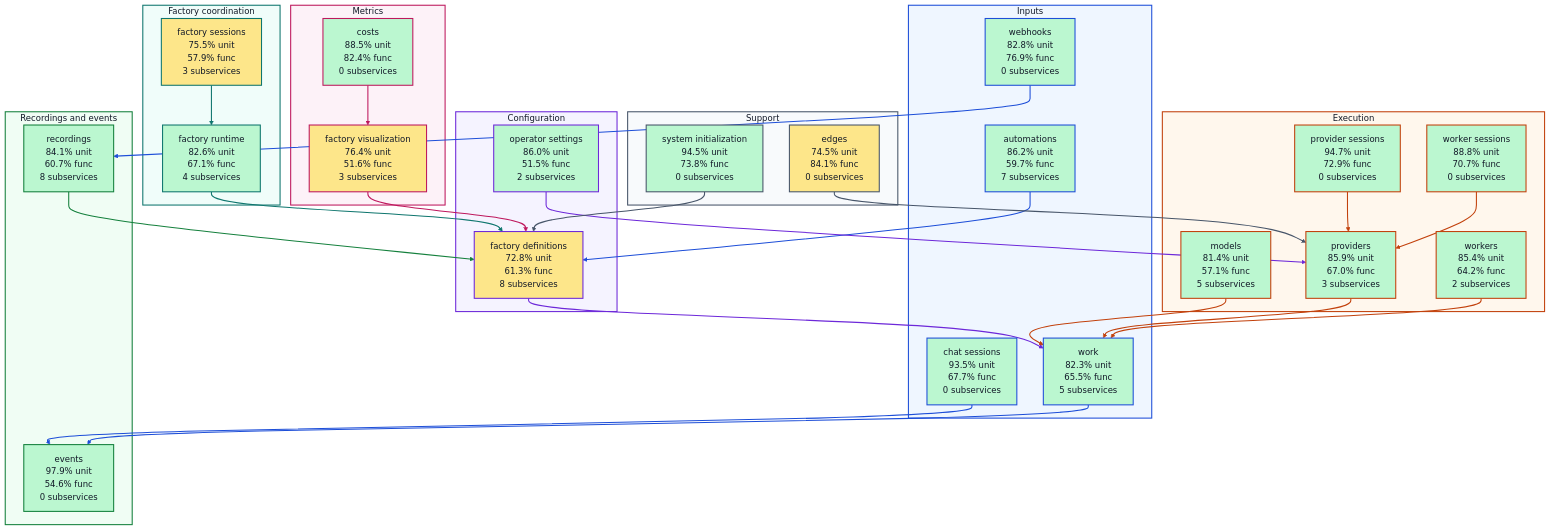
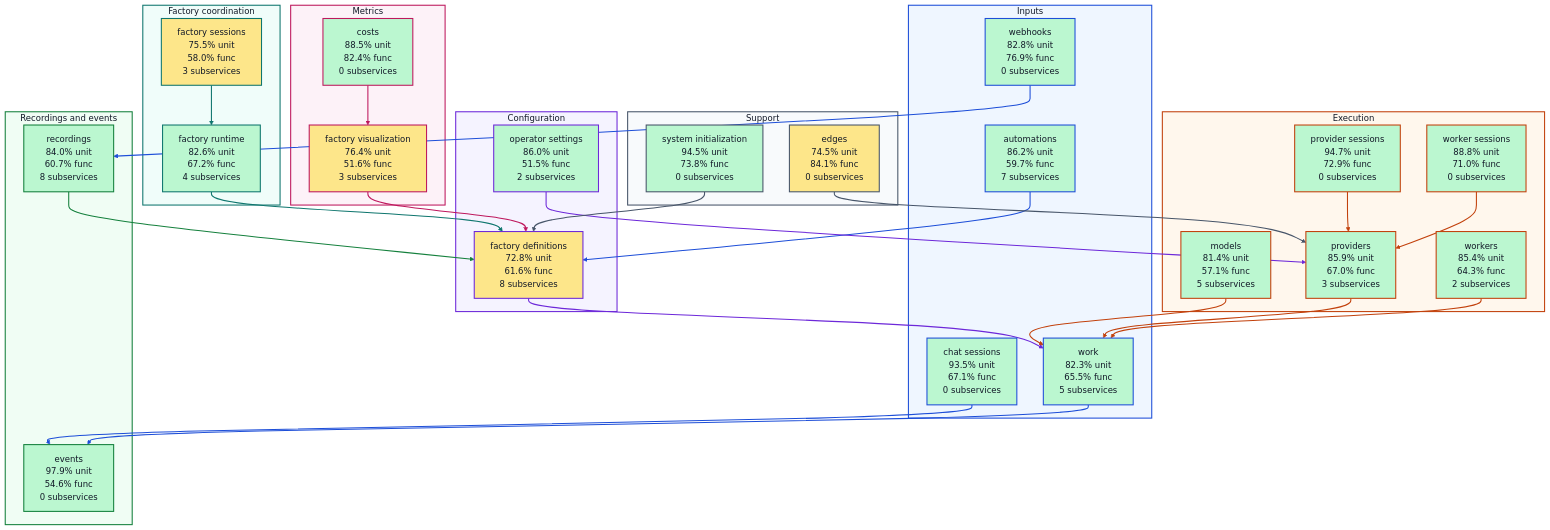
The diagram in docs/architecture/visualizations/high-level-test-coverage.md (portpowered/you-agent-factory), drawn with Mermaid before and after one commit. The commit also changed other lines of this file and 20 other files, not shown here.

Commit message:
docs: refresh backend architecture visualizations

```diff
--- a/docs/architecture/visualizations/high-level-test-coverage.md
+++ b/docs/architecture/visualizations/high-level-test-coverage.md
@@ -12,28 +12,28 @@
 flowchart TB
   subgraph input["Inputs"]
     s_services_automations["automations<br/>86.2% unit<br/>59.7% func<br/>7 subservices"]
-    s_services_chat_sessions["chat sessions<br/>93.5% unit<br/>67.7% func<br/>0 subservices"]
+    s_services_chat_sessions["chat sessions<br/>93.5% unit<br/>67.1% func<br/>0 subservices"]
     s_services_webhooks["webhooks<br/>82.8% unit<br/>76.9% func<br/>0 subservices"]
     s_services_work["work<br/>82.3% unit<br/>65.5% func<br/>5 subservices"]
   end
   subgraph configuration["Configuration"]
-    s_services_factory_definitions["factory definitions<br/>72.8% unit<br/>61.3% func<br/>8 subservices"]
+    s_services_factory_definitions["factory definitions<br/>72.8% unit<br/>61.6% func<br/>8 subservices"]
     s_services_operator_settings["operator settings<br/>86.0% unit<br/>51.5% func<br/>2 subservices"]
   end
   subgraph coordination["Factory coordination"]
-    s_services_factory_runtime["factory runtime<br/>82.6% unit<br/>67.1% func<br/>4 subservices"]
-    s_services_factory_sessions["factory sessions<br/>75.5% unit<br/>57.9% func<br/>3 subservices"]
+    s_services_factory_runtime["factory runtime<br/>82.6% unit<br/>67.2% func<br/>4 subservices"]
+    s_services_factory_sessions["factory sessions<br/>75.5% unit<br/>58.0% func<br/>3 subservices"]
   end
   subgraph execution["Execution"]
     s_services_models["models<br/>81.4% unit<br/>57.1% func<br/>5 subservices"]
     s_services_provider_sessions["provider sessions<br/>94.7% unit<br/>72.9% func<br/>0 subservices"]
     s_services_providers["providers<br/>85.9% unit<br/>67.0% func<br/>3 subservices"]
-    s_services_worker_sessions["worker sessions<br/>88.8% unit<br/>70.7% func<br/>0 subservices"]
-    s_services_workers["workers<br/>85.4% unit<br/>64.2% func<br/>2 subservices"]
+    s_services_worker_sessions["worker sessions<br/>88.8% unit<br/>71.0% func<br/>0 subservices"]
+    s_services_workers["workers<br/>85.4% unit<br/>64.3% func<br/>2 subservices"]
   end
   subgraph recordings["Recordings and events"]
     s_services_events["events<br/>97.9% unit<br/>54.6% func<br/>0 subservices"]
-    s_services_recordings["recordings<br/>84.1% unit<br/>60.7% func<br/>8 subservices"]
+    s_services_recordings["recordings<br/>84.0% unit<br/>60.7% func<br/>8 subservices"]
   end
   subgraph metrics["Metrics"]
     s_services_costs["costs<br/>88.5% unit<br/>82.4% func<br/>0 subservices"]
```
